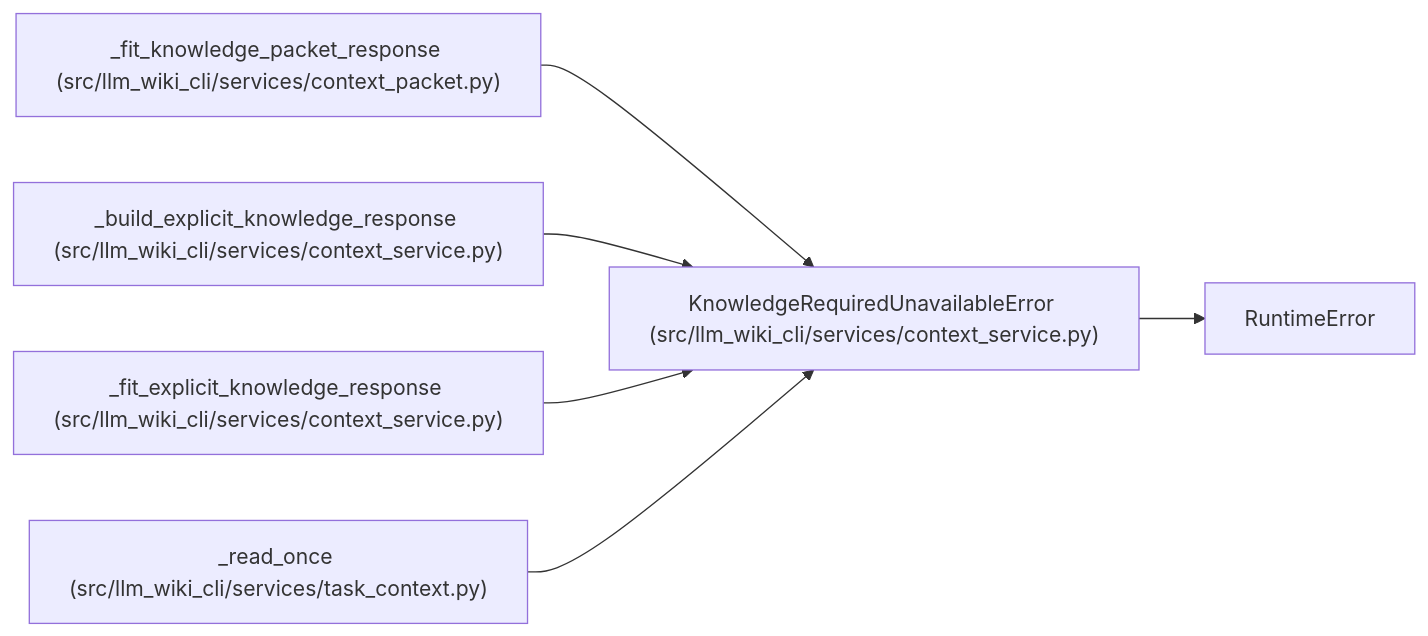
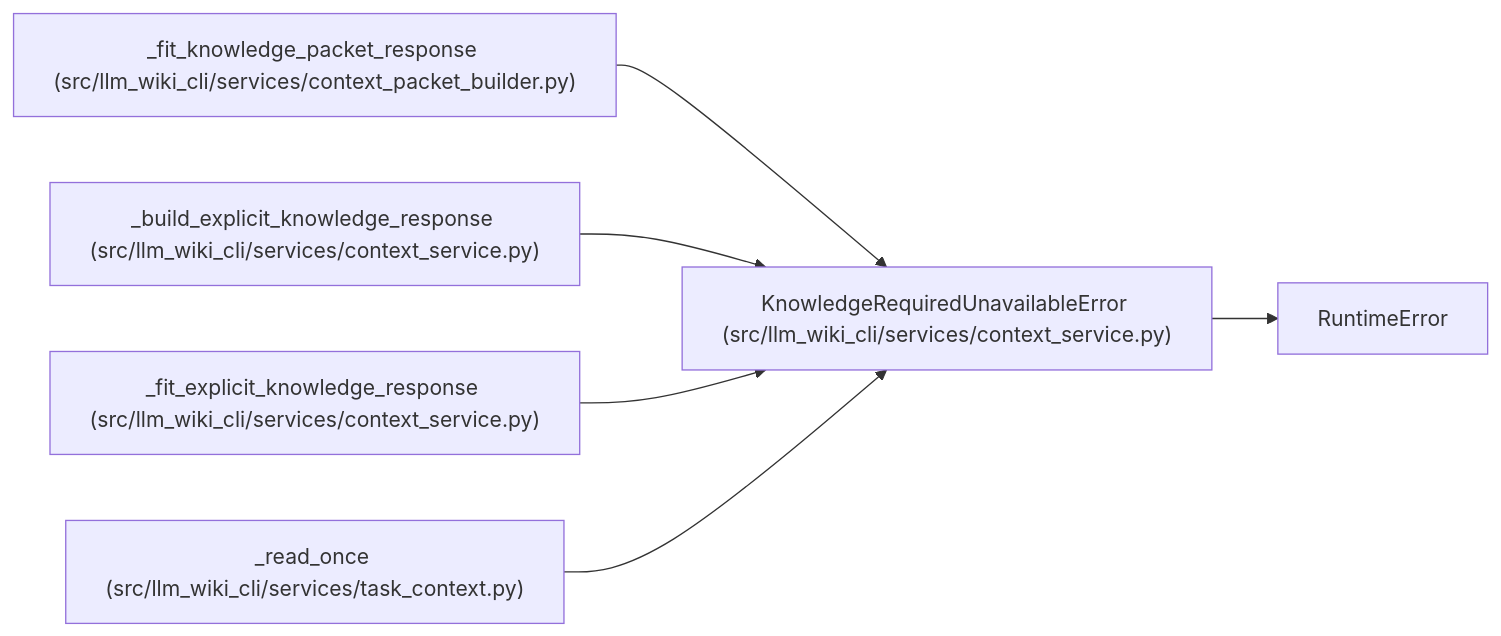
The diagram in docs/llm_wiki/entities/KnowledgeRequiredUnavailableError.md (Denissvgn/python-wiki-llm), drawn with Mermaid before and after one commit. The commit also changed other lines of this file and 1555 other files, not shown here.

````diff
--- a/docs/llm_wiki/entities/KnowledgeRequiredUnavailableError.md
+++ b/docs/llm_wiki/entities/KnowledgeRequiredUnavailableError.md
@@ -25,19 +25,19 @@
 ```mermaid
 flowchart LR
     n0["KnowledgeRequiredUnavailableError (src/llm_wiki_cli/services/context_service.py)"]
     n1["RuntimeError"]
-    n2["_fit_knowledge_packet_response (src/llm_wiki_cli/services/context_packet.py)"]
+    n2["_fit_knowledge_packet_response (src/llm_wiki_cli/services/context_packet_builder.py)"]
     n3["_build_explicit_knowledge_response (src/llm_wiki_cli/services/context_service.py)"]
     n4["_fit_explicit_knowledge_response (src/llm_wiki_cli/services/context_service.py)"]
     n5["_read_once (src/llm_wiki_cli/services/task_context.py)"]
     n0 --> n1
     n2 --> n0
     n3 --> n0
     n4 --> n0
     n5 --> n0
     click n0 "../modules/context_service.md"
-    click n2 "../modules/context_packet.md"
+    click n2 "../modules/context_packet_builder.md"
     click n3 "../modules/context_service.md"
     click n4 "../modules/context_service.md"
     click n5 "../modules/task_context.md"
 ```
````
